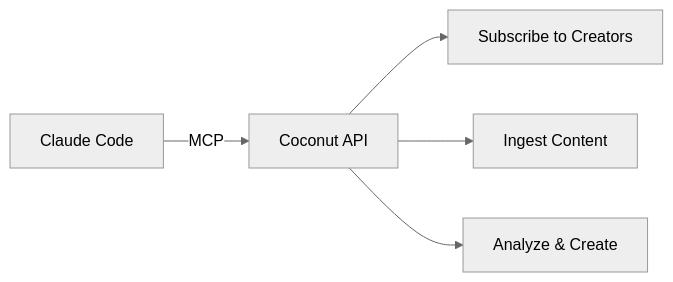
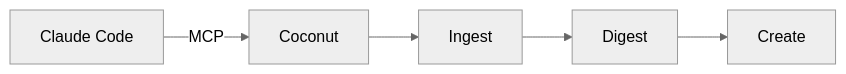
The diagram in introduction.mdx (Lobbyyy/docs), drawn with Mermaid (neutral theme) before and after one commit. The commit also changed other lines of this file, not shown here.

````diff
--- a/introduction.mdx
+++ b/introduction.mdx
@@ -31,7 +53,7 @@
 ```mermaid
 graph LR
-    A[Claude Code] -->|MCP| B[Coconut API]
-    B --> C[Subscribe to Creators]
-    B --> D[Ingest Content]
-    B --> E[Analyze & Create]
+    A[Claude Code] -->|MCP| B[Coconut]
+    B --> C[Ingest]
+    C --> D[Digest]
+    D --> E[Create]
 ```
````
